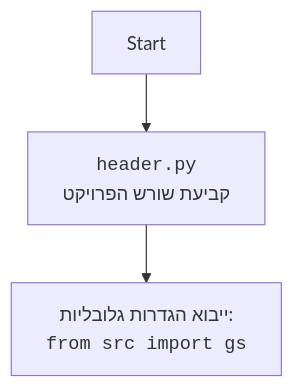
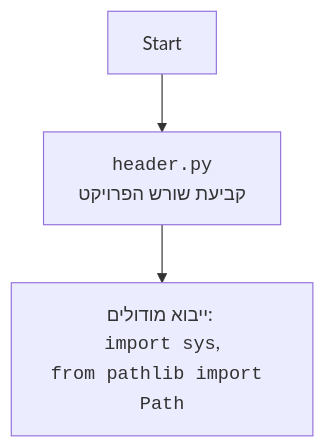
The second of 2 diagrams in docs/gemini/he/explainer/src/endpoints/ai_games/101_basic_computer_games/ru/GAMES/AI/BANNER_AI/header.py.md (hypo69/hypo), drawn with Mermaid before and after one commit. The commit also changed other lines of this file and 885 other files, not shown here.

````diff
--- a/docs/gemini/he/explainer/src/endpoints/ai_games/101_basic_computer_games/ru/GAMES/AI/BANNER_AI/header.py.md
+++ b/docs/gemini/he/explainer/src/endpoints/ai_games/101_basic_computer_games/ru/GAMES/AI/BANNER_AI/header.py.md
@@ -53,6 +62,6 @@
 ```mermaid
 flowchart TD
     Start --> Header[<code>header.py</code><br> קביעת שורש הפרויקט]
 
-    Header --> import[ייבוא הגדרות גלובליות: <br><code>from src import gs</code>]
+    Header --> import[ייבוא מודולים: <br><code>import sys</code>,<br><code>from pathlib import Path</code>]
 ```
````
